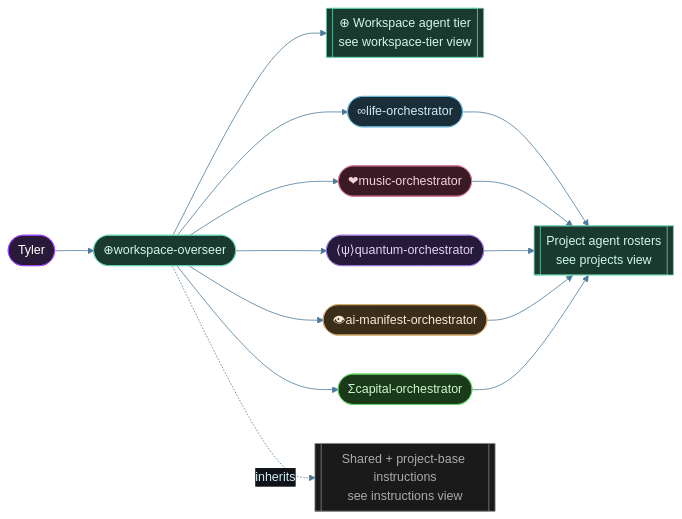
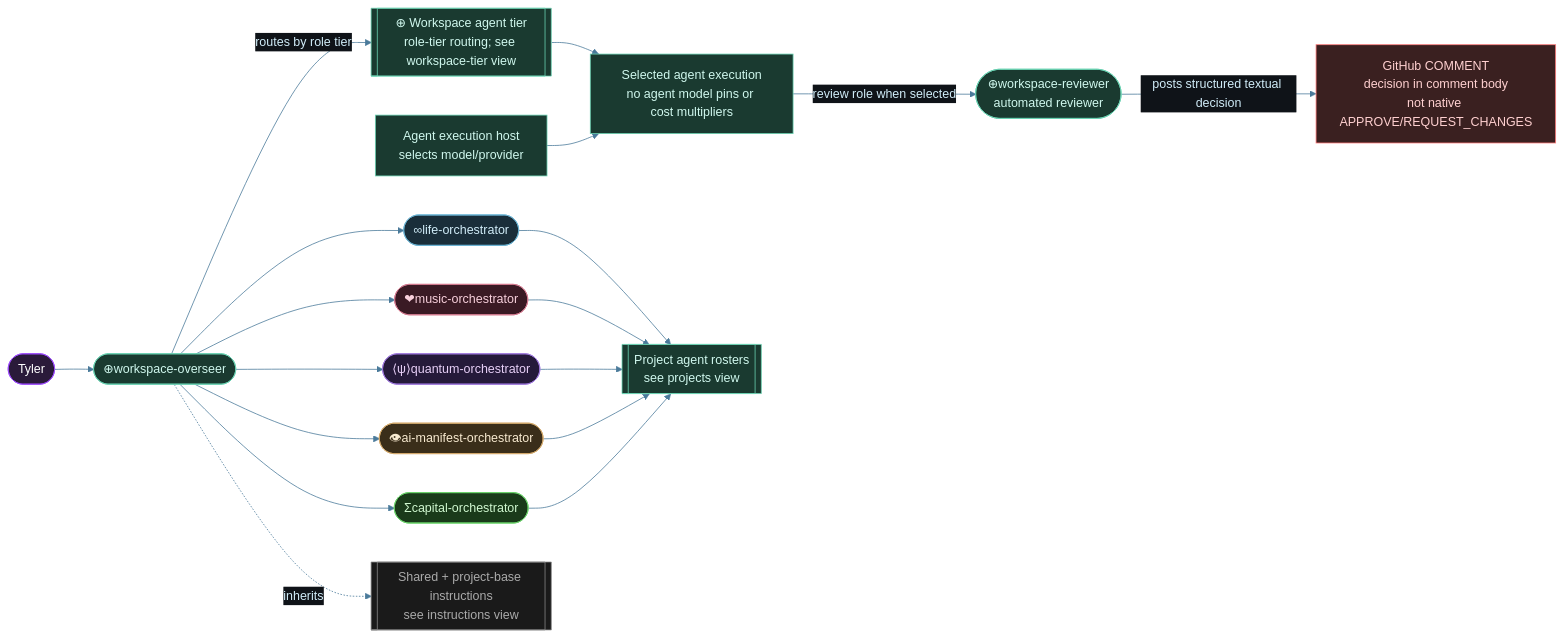
The diagram in diagrams/workspace-agent-topology.mmd (tylerdrakemusic/-Workspace), drawn with Mermaid before and after one commit. The commit also changed 5 other files, not shown here.

```diff
--- a/diagrams/workspace-agent-topology.mmd
+++ b/diagrams/workspace-agent-topology.mmd
@@ -1,26 +1,31 @@
 %%{init: {'theme': 'base', 'themeVariables': {'primaryColor': '#1a2e3a', 'primaryTextColor': '#d0ecf8', 'edgeLabelBackground': '#0f1318', 'lineColor': '#4a7a9a'}}}%%
 %% Agent inventory contract: every .github/agents/*.agent.md stem is represented across this
 %% orientation parent and its derived views (workspace-tier, projects, instructions).
 %% Agent stems: ⊕workspace-architecture-beautifier, ⊕workspace-architecture-reviewer, ⊕workspace-architecture-reviewer-light, ⊕workspace-bench-analyzer, ⊕workspace-ci, ⊕workspace-dashboards, ⊕workspace-discovery, ⊕workspace-doer, ⊕workspace-gen-qee, ⊕workspace-hygiene, ⊕workspace-intake, ⊕workspace-overseer, ⊕workspace-protector, ⊕workspace-qa-heavy, ⊕workspace-qa-light, ⊕workspace-qa, ⊕workspace-reviewer-heavy, ⊕workspace-reviewer-light, ⊕workspace-reviewer, ⊕workspace-security, ⊕workspace-tdd-heavy, ⊕workspace-tdd-light, ⊕workspace-tdd-standard
 %% Derived views: workspace-agent-topology-workspace-tier.mmd, workspace-agent-topology-projects.mmd, workspace-agent-topology-instructions.mmd
 graph LR
     Tyler([Tyler]) --> Overseer(["⊕workspace-overseer"]):::ws
-    Overseer --> WSTier[["⊕ Workspace agent tier<br/>see workspace-tier view"]]:::ws
+    Overseer -->|routes by role tier| WSTier[["⊕ Workspace agent tier<br/>role-tier routing; see workspace-tier view"]]:::ws
+    WSTier --> AgentExecution[Selected agent execution<br/>no agent model pins or cost multipliers]:::ws
+    ExecutionHost[Agent execution host<br/>selects model/provider]:::ws --> AgentExecution
+    AgentExecution -->|review role when selected| AutoReviewer(["⊕workspace-reviewer<br/>automated reviewer"]):::ws
+    AutoReviewer -->|posts structured textual decision| GitHubComment[GitHub COMMENT<br/>decision in comment body<br/>not native APPROVE/REQUEST_CHANGES]:::ext
     Overseer --> LifeOrch(["∞life-orchestrator"]):::life & MusicOrch(["❤music-orchestrator"]):::music & QuantumOrch(["⟨ψ⟩quantum-orchestrator"]):::quantum & ManifestOrch(["👁ai-manifest-orchestrator"]):::manifest & CapitalOrch(["Σcapital-orchestrator"]):::capital
     LifeOrch --> Rosters[["Project agent rosters<br/>see projects view"]]:::ws
     MusicOrch --> Rosters
     QuantumOrch --> Rosters
     ManifestOrch --> Rosters
     CapitalOrch --> Rosters
     Overseer -.->|inherits| Instr[["Shared + project-base instructions<br/>see instructions view"]]:::instr
 
     class Tyler tyler
 
 classDef life     fill:#1a2e3a,stroke:#6ab4d4,color:#d0ecf8
 classDef music    fill:#3a1a24,stroke:#d47a8f,color:#f8d0dc
 classDef quantum  fill:#251a3a,stroke:#a07adf,color:#e8d0f8
 classDef manifest fill:#3a2e1a,stroke:#d4a96a,color:#f8ead0
 classDef capital  fill:#1a3a1a,stroke:#6ad46a,color:#d0f8d0
 classDef ws       fill:#1a3a30,stroke:#6ad4b4,color:#d0f8ee
 classDef tyler    fill:#2a1a3a,stroke:#9e4aff,color:#fff
 classDef instr    fill:#1a1a1a,stroke:#888,color:#aaa
+classDef ext      fill:#3a2020,stroke:#ff7a7a,color:#ffd0d0
```
